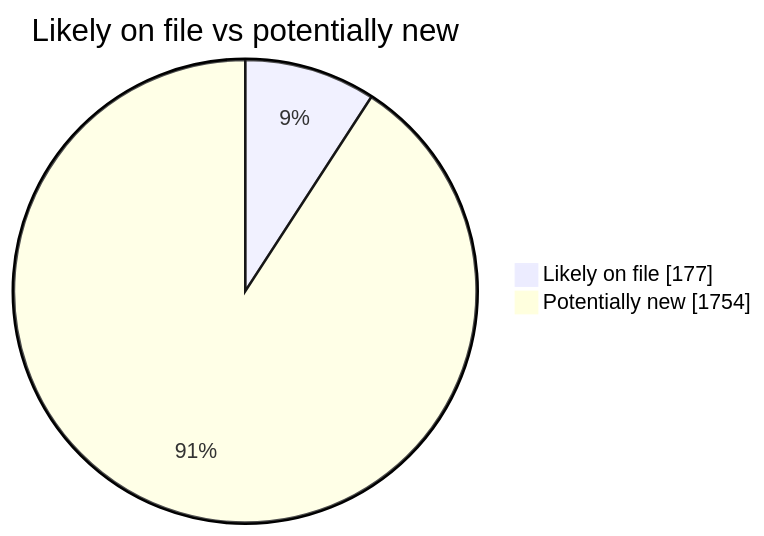
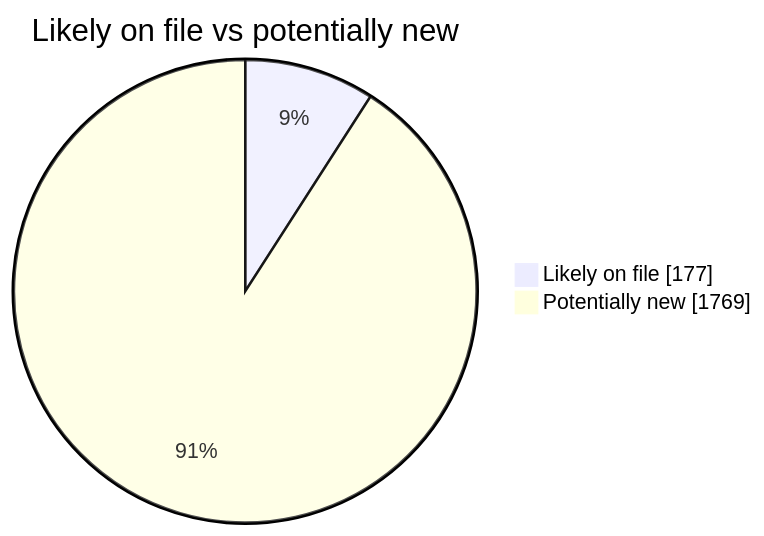
The second of 4 diagrams in README.md (martinbalfanz/social-scanner-reports), drawn with Mermaid before and after one commit. The commit also changed other lines of this file and 4 other files, not shown here.

````diff
--- a/README.md
+++ b/README.md
@@ -40,5 +40,5 @@
 ```mermaid
 pie showData title Likely on file vs potentially new
     "Likely on file" : 177
-    "Potentially new" : 1754
+    "Potentially new" : 1769
 ```
````
